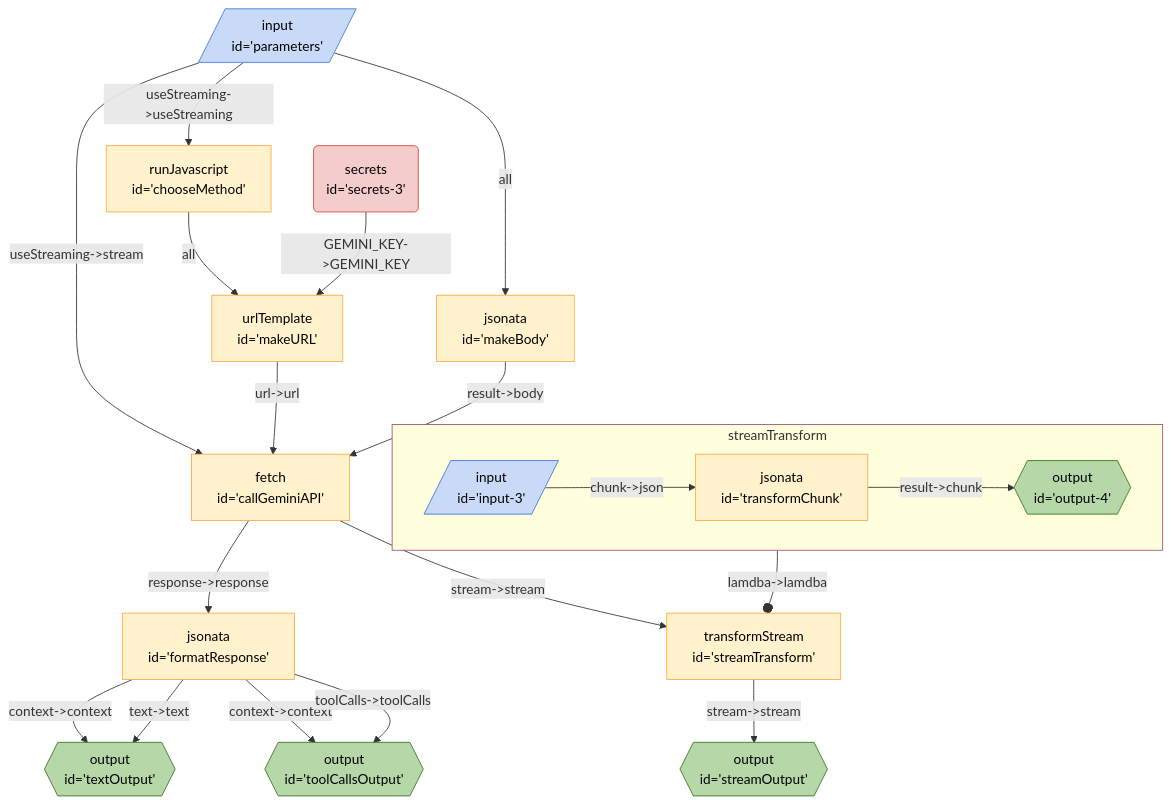
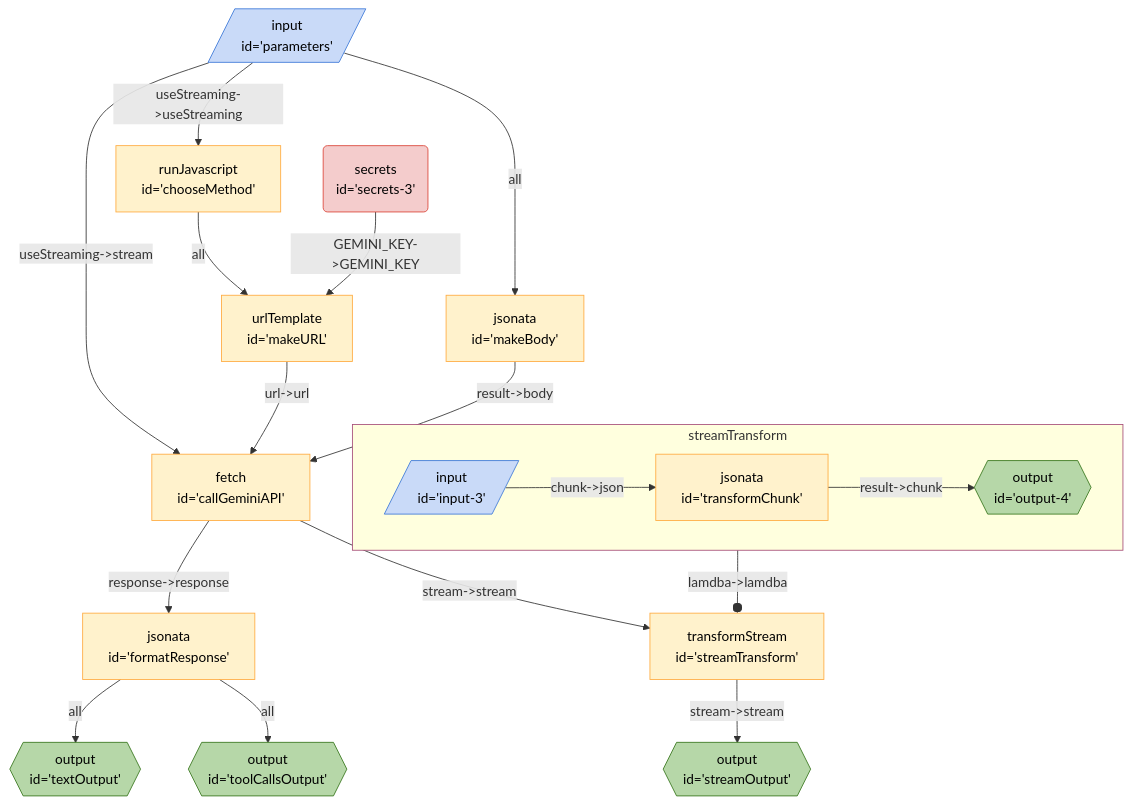
Before and after one commit to breadboard-ai/breadboard: the diagram in packages/breadboard-web/docs/graphs/gemini-generator.md, drawn with Mermaid.

Commit message:
undoing a change

````diff
--- a/packages/breadboard-web/docs/graphs/gemini-generator.md
+++ b/packages/breadboard-web/docs/graphs/gemini-generator.md
@@ -3,32 +3,30 @@
 ```mermaid
 %%{init: 'themeVariables': { 'fontFamily': 'Fira Code, monospace' }}%%
 graph TD;
 streamTransform["transformStream <br> id='streamTransform'"] -- "stream->stream" --> streamOutput{{"output <br> id='streamOutput'"}}:::output
 subgraph sg_streamTransform [streamTransform]
 streamTransform_transformChunk["jsonata <br> id='transformChunk'"] -- "result->chunk" --> streamTransform_output4{{"output <br> id='output-4'"}}:::output
 streamTransform_input3[/"input <br> id='input-3'"/]:::input -- "chunk->json" --> streamTransform_transformChunk["jsonata <br> id='transformChunk'"]
 end
 sg_streamTransform:::slotted -- "lamdba->lamdba" --o streamTransform
 
 callGeminiAPI["fetch <br> id='callGeminiAPI'"] -- "response->response" --> formatResponse["jsonata <br> id='formatResponse'"]
 callGeminiAPI["fetch <br> id='callGeminiAPI'"] -- "stream->stream" --> streamTransform["transformStream <br> id='streamTransform'"]
 parameters[/"input <br> id='parameters'"/]:::input -- "useStreaming->useStreaming" --> chooseMethod["runJavascript <br> id='chooseMethod'"]
 parameters[/"input <br> id='parameters'"/]:::input -- all --> makeBody["jsonata <br> id='makeBody'"]
 parameters[/"input <br> id='parameters'"/]:::input -- "useStreaming->stream" --> callGeminiAPI["fetch <br> id='callGeminiAPI'"]
 makeURL["urlTemplate <br> id='makeURL'"] -- "url->url" --> callGeminiAPI["fetch <br> id='callGeminiAPI'"]
 makeBody["jsonata <br> id='makeBody'"] -- "result->body" --> callGeminiAPI["fetch <br> id='callGeminiAPI'"]
-formatResponse["jsonata <br> id='formatResponse'"] -- "context->context" --> textOutput{{"output <br> id='textOutput'"}}:::output
-formatResponse["jsonata <br> id='formatResponse'"] -- "text->text" --> textOutput{{"output <br> id='textOutput'"}}:::output
-formatResponse["jsonata <br> id='formatResponse'"] -- "context->context" --> toolCallsOutput{{"output <br> id='toolCallsOutput'"}}:::output
-formatResponse["jsonata <br> id='formatResponse'"] -- "toolCalls->toolCalls" --> toolCallsOutput{{"output <br> id='toolCallsOutput'"}}:::output
+formatResponse["jsonata <br> id='formatResponse'"] -- all --> textOutput{{"output <br> id='textOutput'"}}:::output
+formatResponse["jsonata <br> id='formatResponse'"] -- all --> toolCallsOutput{{"output <br> id='toolCallsOutput'"}}:::output
 chooseMethod["runJavascript <br> id='chooseMethod'"] -- all --> makeURL["urlTemplate <br> id='makeURL'"]
 secrets3("secrets <br> id='secrets-3'"):::secrets -- "GEMINI_KEY->GEMINI_KEY" --> makeURL["urlTemplate <br> id='makeURL'"]
 classDef default stroke:#ffab40,fill:#fff2ccff,color:#000
 classDef input stroke:#3c78d8,fill:#c9daf8ff,color:#000
 classDef output stroke:#38761d,fill:#b6d7a8ff,color:#000
 classDef passthrough stroke:#a64d79,fill:#ead1dcff,color:#000
 classDef slot stroke:#a64d79,fill:#ead1dcff,color:#000
 classDef config stroke:#a64d79,fill:#ead1dcff,color:#000
 classDef secrets stroke:#db4437,fill:#f4cccc,color:#000
 classDef slotted stroke:#a64d79
 ```
````
